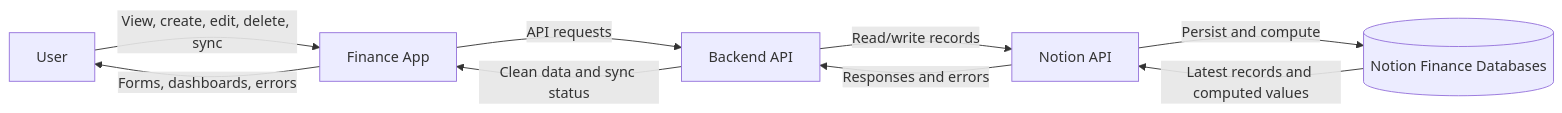
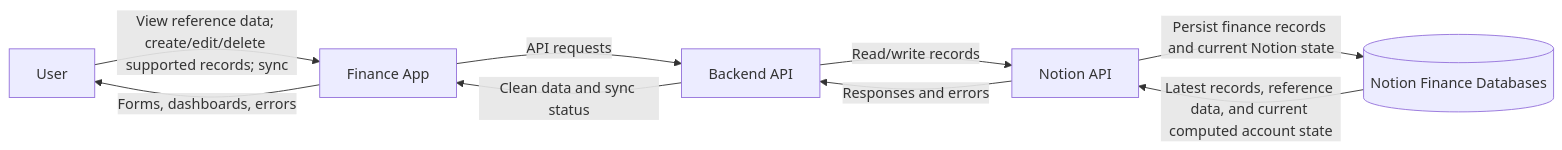
Before and after one commit to work-w-chrstnrpj/Notable_Finance: the first of 3 diagrams in wiki/diagrams/data-flow.md, drawn with Mermaid. The commit also changed other lines of this file and 120 other files, not shown here.

````diff
--- a/wiki/diagrams/data-flow.md
+++ b/wiki/diagrams/data-flow.md
@@ -9,17 +9,17 @@
 ```mermaid
 flowchart LR
     User[User]
     App[Finance App]
     Backend[Backend API]
     Notion[Notion API]
     Workspace[(Notion Finance Databases)]
 
-    User -->|View, create, edit, delete, sync| App
+    User -->|View reference data; create/edit/delete supported records; sync| App
     App -->|API requests| Backend
     Backend -->|Read/write records| Notion
-    Notion -->|Persist and compute| Workspace
-    Workspace -->|Latest records and computed values| Notion
+    Notion -->|Persist finance records and current Notion state| Workspace
+    Workspace -->|Latest records, reference data, and current computed account state| Notion
     Notion -->|Responses and errors| Backend
     Backend -->|Clean data and sync status| App
     App -->|Forms, dashboards, errors| User
 ```
````
